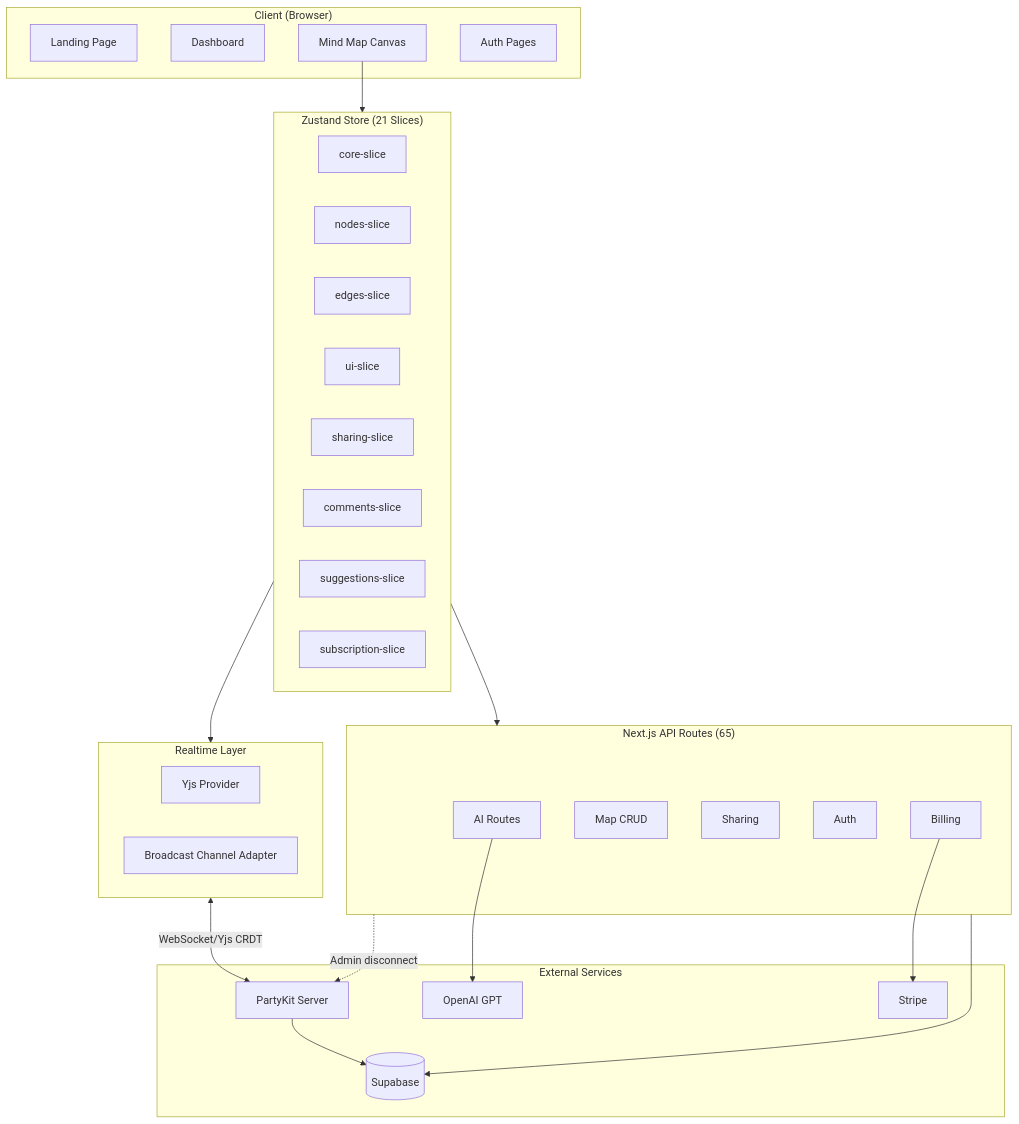
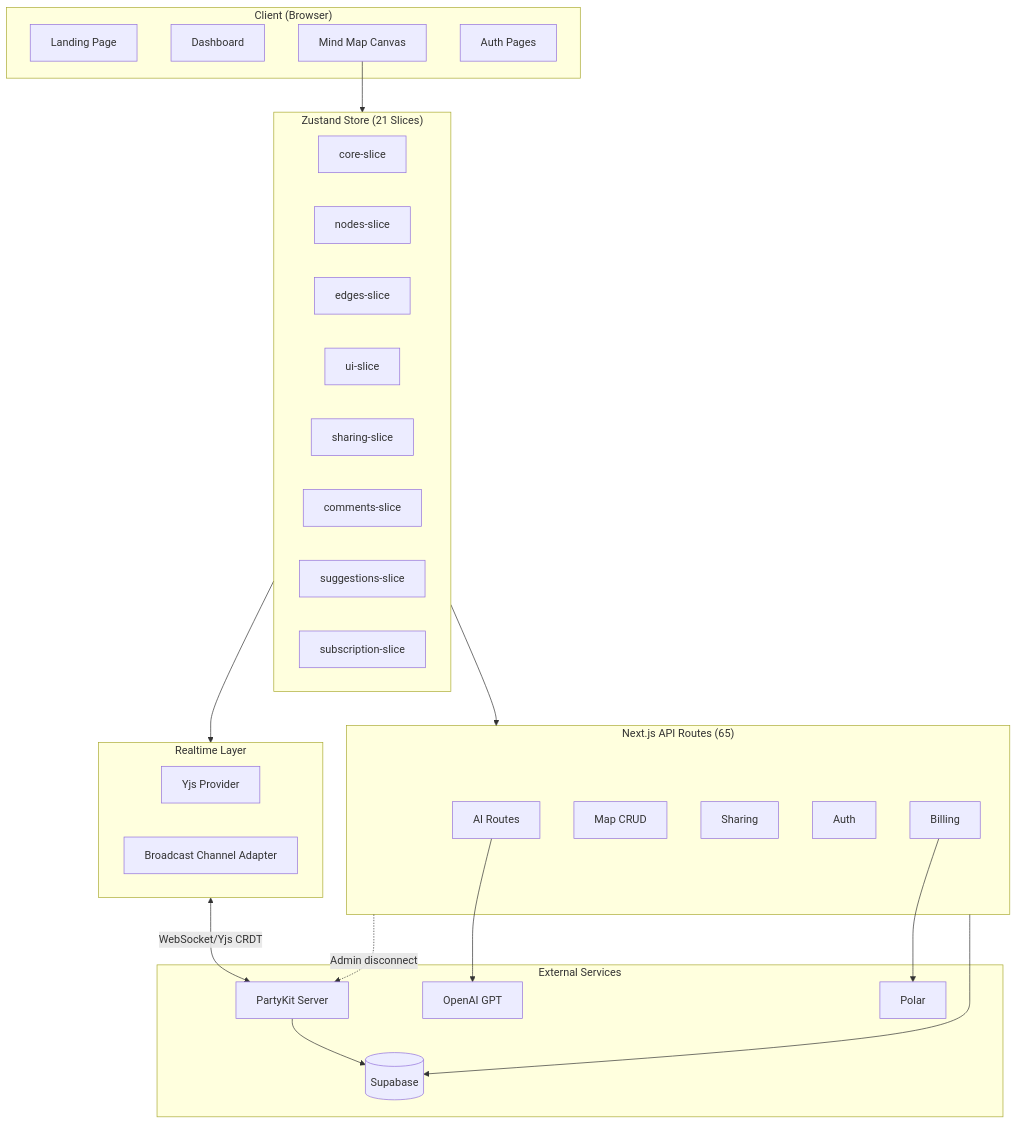
The first of 6 diagrams in docs/CODEBASE_MAP.md (kudziajaroslaw98/moistus-ai), drawn with Mermaid before and after one commit. The commit also changed other lines of this file and 20 other files, not shown here.

Commit message:
fix: complete auth and Polar billing flows

````diff
--- a/docs/CODEBASE_MAP.md
+++ b/docs/CODEBASE_MAP.md
@@ -79,50 +80,50 @@
 ```mermaid
 graph TB
     subgraph Client["Client (Browser)"]
         Landing[Landing Page]
         Dashboard[Dashboard]
         Canvas[Mind Map Canvas]
         Auth[Auth Pages]
     end
 
     subgraph State["Zustand Store (21 Slices)"]
         Core[core-slice]
         Nodes[nodes-slice]
         Edges[edges-slice]
         UI[ui-slice]
         Sharing[sharing-slice]
         Comments[comments-slice]
         AI[suggestions-slice]
         Subs[subscription-slice]
     end
 
     subgraph Realtime["Realtime Layer"]
         YjsProvider[Yjs Provider]
         BroadcastAdapter[Broadcast Channel Adapter]
     end
 
     subgraph API["Next.js API Routes (65)"]
         AIRoutes[AI Routes]
         MapRoutes[Map CRUD]
         ShareRoutes[Sharing]
         AuthRoutes[Auth]
         BillingRoutes[Billing]
     end
 
     subgraph External["External Services"]
         Supabase[(Supabase)]
         PartyKit[PartyKit Server]
         OpenAI[OpenAI GPT]
-        Stripe[Stripe]
+        Polar[Polar]
     end
 
     Canvas --> State
     State --> Realtime
     Realtime <-->|WebSocket/Yjs CRDT| PartyKit
     PartyKit --> Supabase
     State --> API
     API --> Supabase
     AIRoutes --> OpenAI
-    BillingRoutes --> Stripe
+    BillingRoutes --> Polar
     API -.->|Admin disconnect| PartyKit
 ```
````
